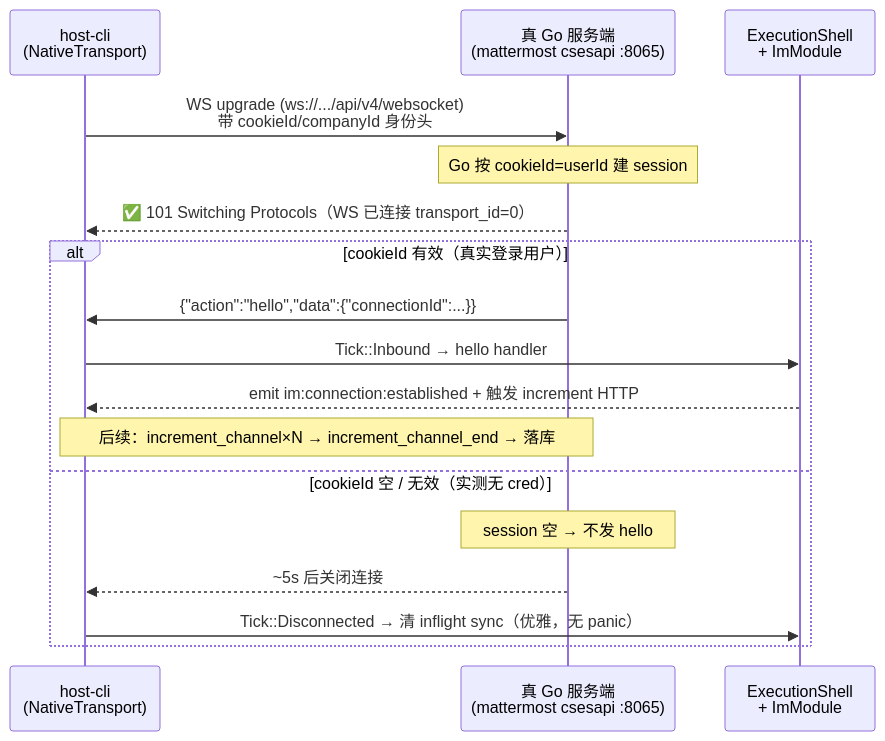
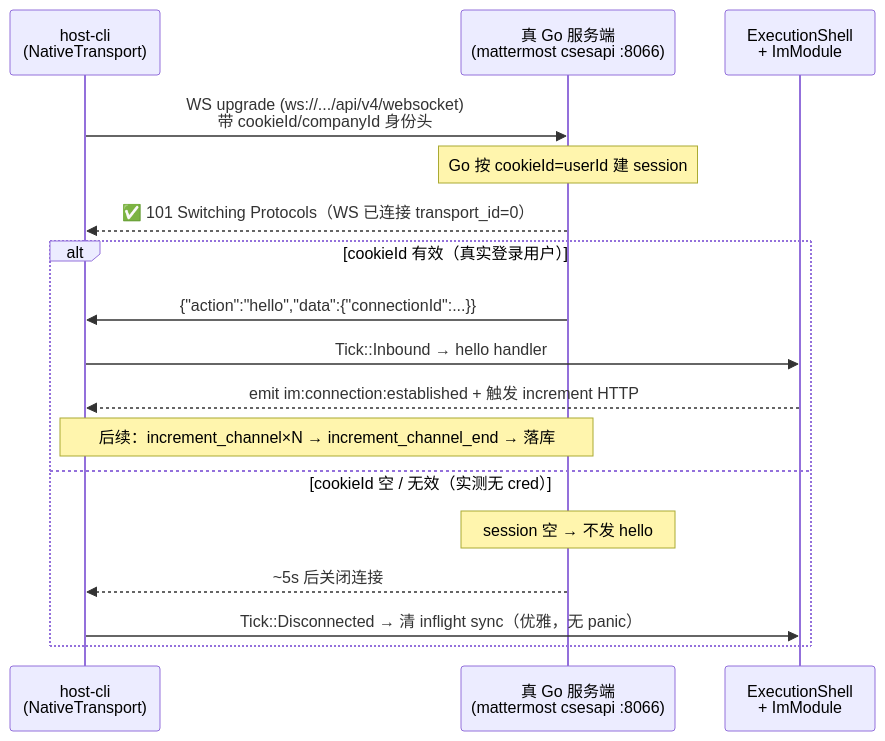
Before and after one commit to zxs1633079383/helix: the diagram in crates/helix-host-cli/docs/design/connect-handshake.mmd, drawn with Mermaid. The commit also changed 41 other files, not shown here.

```diff
--- a/crates/helix-host-cli/docs/design/connect-handshake.mmd
+++ b/crates/helix-host-cli/docs/design/connect-handshake.mmd
@@ -1,20 +1,20 @@
-%% helix-host-cli ↔ 真 Go 服务端 WS 握手时序（实测 localhost:8065）
+%% helix-host-cli ↔ 真 Go 服务端 WS 握手时序（默认 localhost:8066；旧 8065 为历史证据）
 sequenceDiagram
     participant H as host-cli<br/>(NativeTransport)
-    participant G as 真 Go 服务端<br/>(mattermost csesapi :8065)
+    participant G as 真 Go 服务端<br/>(mattermost csesapi :8066)
     participant E as ExecutionShell<br/>+ ImModule
 
     H->>G: WS upgrade (ws://.../api/v4/websocket)<br/>带 cookieId/companyId 身份头
     Note over G: Go 按 cookieId=userId 建 session
     G-->>H: ✅ 101 Switching Protocols（WS 已连接 transport_id=0）
 
     alt cookieId 有效（真实登录用户）
         G->>H: {"action":"hello","data":{"connectionId":...}}
         H->>E: Tick::Inbound → hello handler
         E-->>H: emit im:connection:established + 触发 increment HTTP
         Note over H,G: 后续：increment_channel×N → increment_channel_end → 落库
     else cookieId 空 / 无效（实测无 cred）
         Note over G: session 空 → 不发 hello
         G-->>H: ~5s 后关闭连接
         H->>E: Tick::Disconnected → 清 inflight sync（优雅，无 panic）
     end
```
